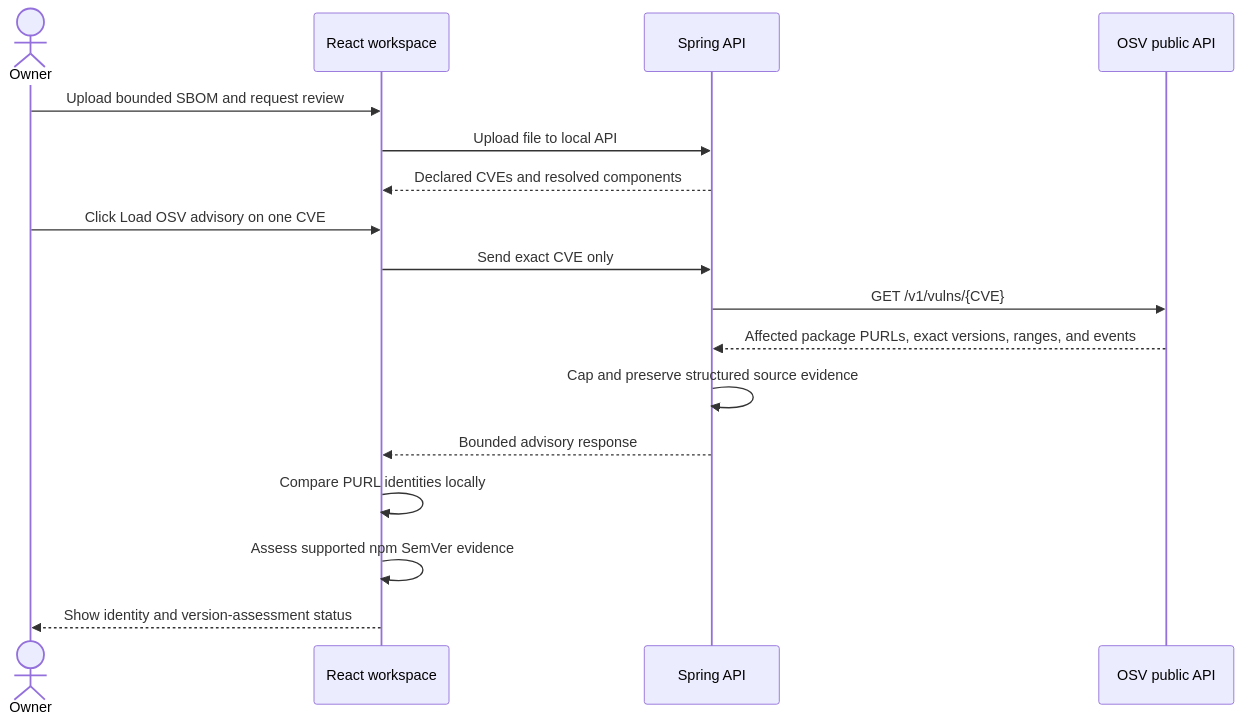
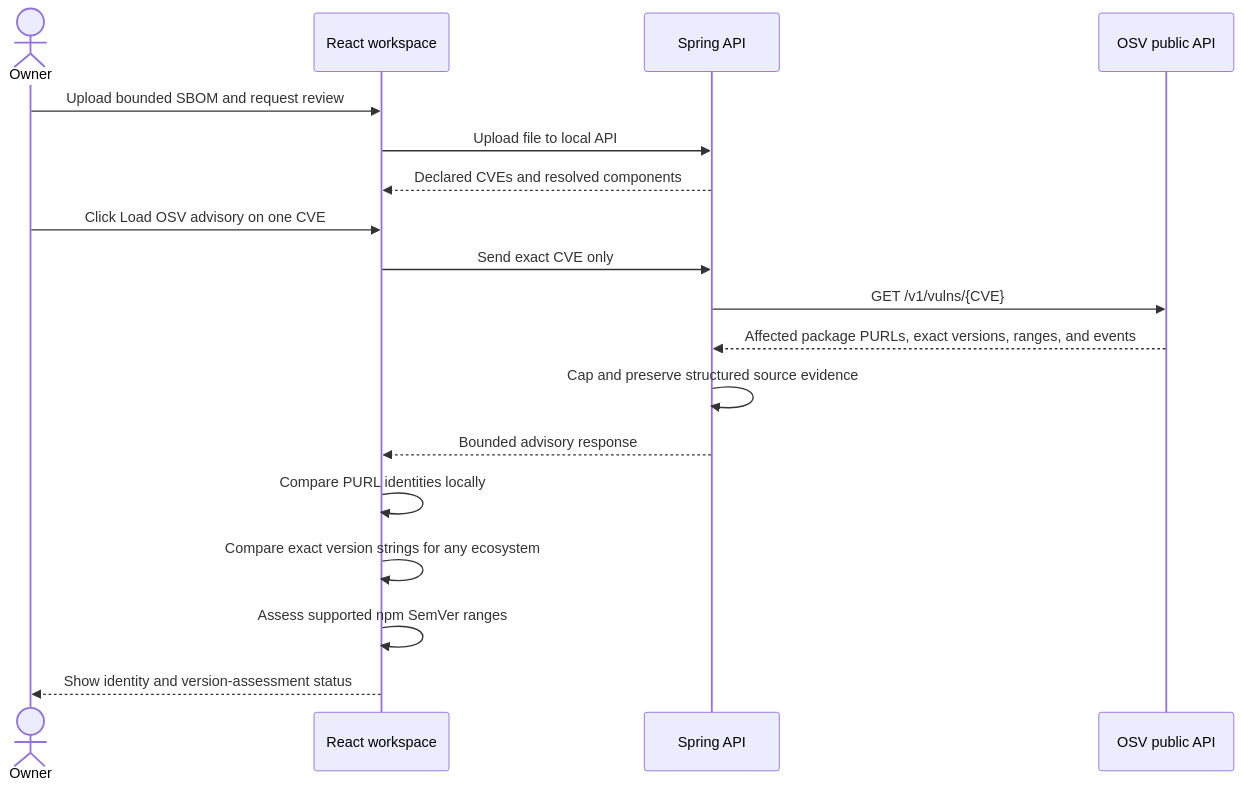
Before and after one commit to kavinash0310/aura-ai: the diagram in docs/05-backend/SBOM-ADVISORY-CORRELATION.md, drawn with Mermaid. The commit also changed other lines of this file and 13 other files, not shown here.

````diff
--- a/docs/05-backend/SBOM-ADVISORY-CORRELATION.md
+++ b/docs/05-backend/SBOM-ADVISORY-CORRELATION.md
@@ -9,20 +9,21 @@
 ```mermaid
 sequenceDiagram
     actor Owner
     participant UI as React workspace
     participant API as Spring API
     participant OSV as OSV public API
 
     Owner->>UI: Upload bounded SBOM and request review
     UI->>API: Upload file to local API
     API-->>UI: Declared CVEs and resolved components
     Owner->>UI: Click Load OSV advisory on one CVE
     UI->>API: Send exact CVE only
     API->>OSV: GET /v1/vulns/{CVE}
     OSV-->>API: Affected package PURLs, exact versions, ranges, and events
     API->>API: Cap and preserve structured source evidence
     API-->>UI: Bounded advisory response
     UI->>UI: Compare PURL identities locally
-    UI->>UI: Assess supported npm SemVer evidence
+    UI->>UI: Compare exact version strings for any ecosystem
+    UI->>UI: Assess supported npm SemVer ranges
     UI-->>Owner: Show identity and version-assessment status
 ```
````
